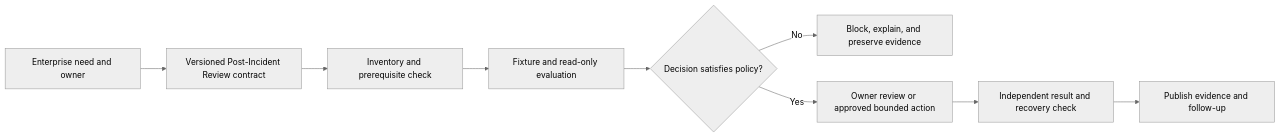
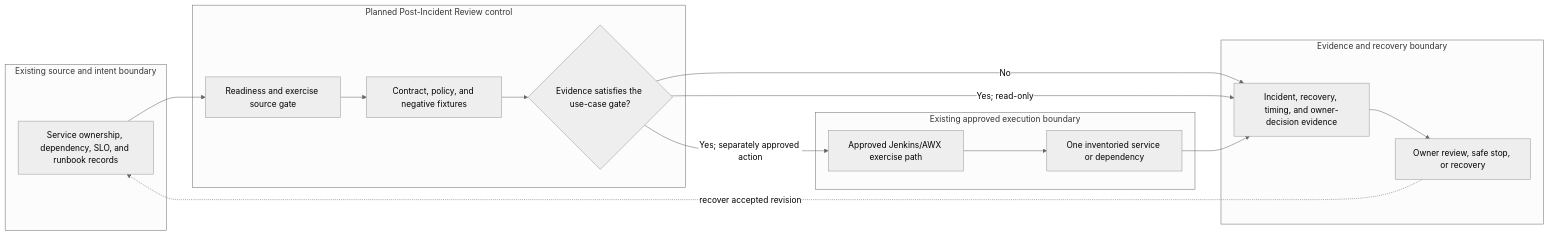
One commit to MIDHTECH/enterprise-architecture-docs changed the diagram in docs/use-cases/resilience/UC-RSO-007-post-incident-review.md. Above: the diagram before and after it, drawn with Mermaid (neutral theme). The commit also changed other lines of this file and 227 other files, not shown here.

Commit message:
Deepen architecture for all use case designs

````diff
--- a/docs/use-cases/resilience/UC-RSO-007-post-incident-review.md
+++ b/docs/use-cases/resilience/UC-RSO-007-post-incident-review.md
@@ -136,11 +129,25 @@
 ```mermaid
 flowchart LR
-    Need["Enterprise need and owner"] --> Contract["Versioned Post-Incident Review contract"]
-    Contract --> Preflight["Inventory and prerequisite check"]
-    Preflight --> Evaluate["Fixture and read-only evaluation"]
-    Evaluate --> Decision{"Decision satisfies policy?"}
-    Decision -->|No| Stop["Block, explain, and preserve evidence"]
-    Decision -->|Yes| Review["Owner review or approved bounded action"]
-    Review --> Verify["Independent result and recovery check"]
-    Verify --> Publish["Publish evidence and follow-up"]
+    subgraph Source["Existing source and intent boundary"]
+        A["Service ownership, dependency, SLO, and runbook records"]
+    end
+    subgraph Planned["Planned Post-Incident Review control"]
+        B["Readiness and exercise source gate"]
+        C["Contract, policy, and negative fixtures"]
+        D{"Evidence satisfies the use-case gate?"}
+    end
+    subgraph Runtime["Existing approved execution boundary"]
+        E["Approved Jenkins/AWX exercise path"]
+        F["One inventoried service or dependency"]
+    end
+    subgraph Assurance["Evidence and recovery boundary"]
+        G["Incident, recovery, timing, and owner-decision evidence"]
+        H["Owner review, safe stop, or recovery"]
+    end
+
+    A --> B --> C --> D
+    D -->|No| G --> H
+    D -->|Yes; read-only| G
+    D -->|Yes; separately approved action| E --> F --> G
+    H -. recover accepted revision .-> A
 ```
````
